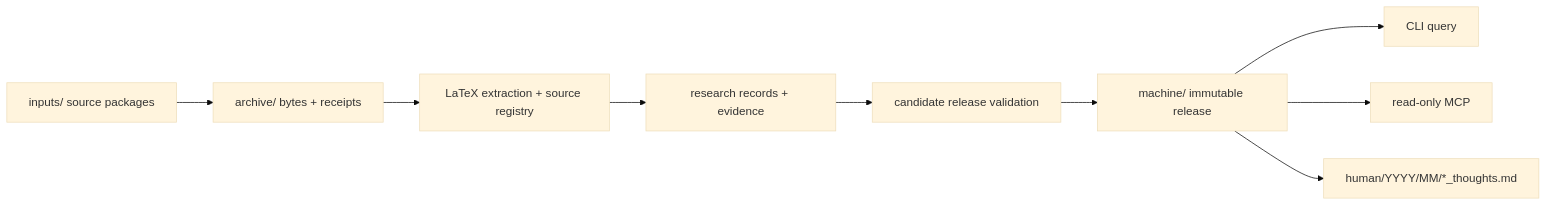
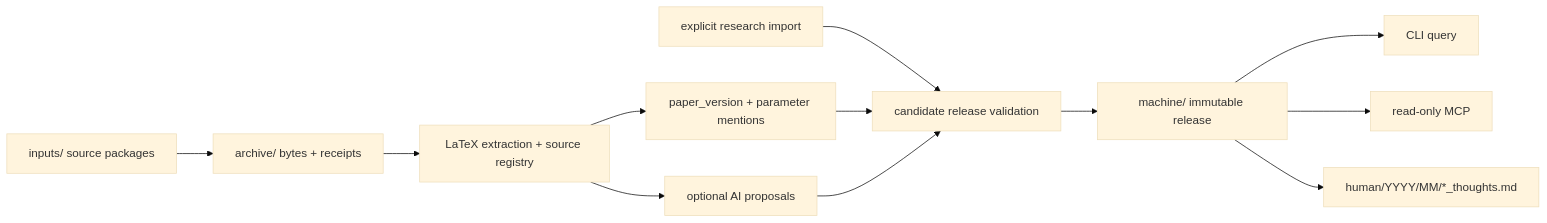
The first of 2 diagrams in docs/design/DESIGN.md (Guangqi-Phys/qec-graph), drawn with Mermaid (base theme) before and after one commit. The commit also changed other lines of this file and 5 other files, not shown here.

Commit message:
docs(design): align architecture and formats with implemented behavior (G1)

````diff
--- a/docs/design/DESIGN.md
+++ b/docs/design/DESIGN.md
@@ -72,11 +72,14 @@
 ```mermaid
 flowchart LR
     Inputs["inputs/ source packages"] --> Archive["archive/ bytes + receipts"]
     Archive --> Extract["LaTeX extraction + source registry"]
-    Extract --> Records["research records + evidence"]
-    Records --> Validate["candidate release validation"]
+    Extract --> Records["paper_version + parameter mentions"]
+    Extract --> Proposals["optional AI proposals"]
+    Manual["explicit research import"] --> Validate["candidate release validation"]
+    Records --> Validate
+    Proposals --> Validate
     Validate --> Machine["machine/ immutable release"]
     Machine --> CLI["CLI query"]
     Machine --> MCP["read-only MCP"]
     Machine --> Human["human/YYYY/MM/*_thoughts.md"]
 ```
````
